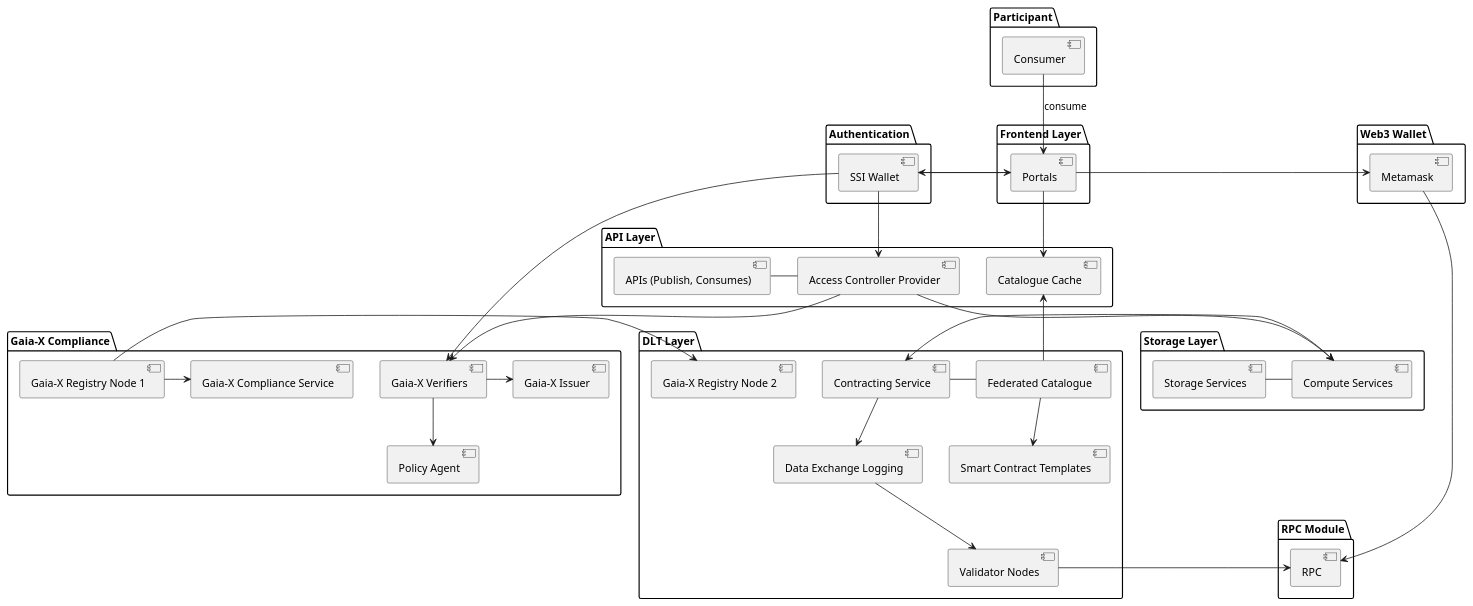
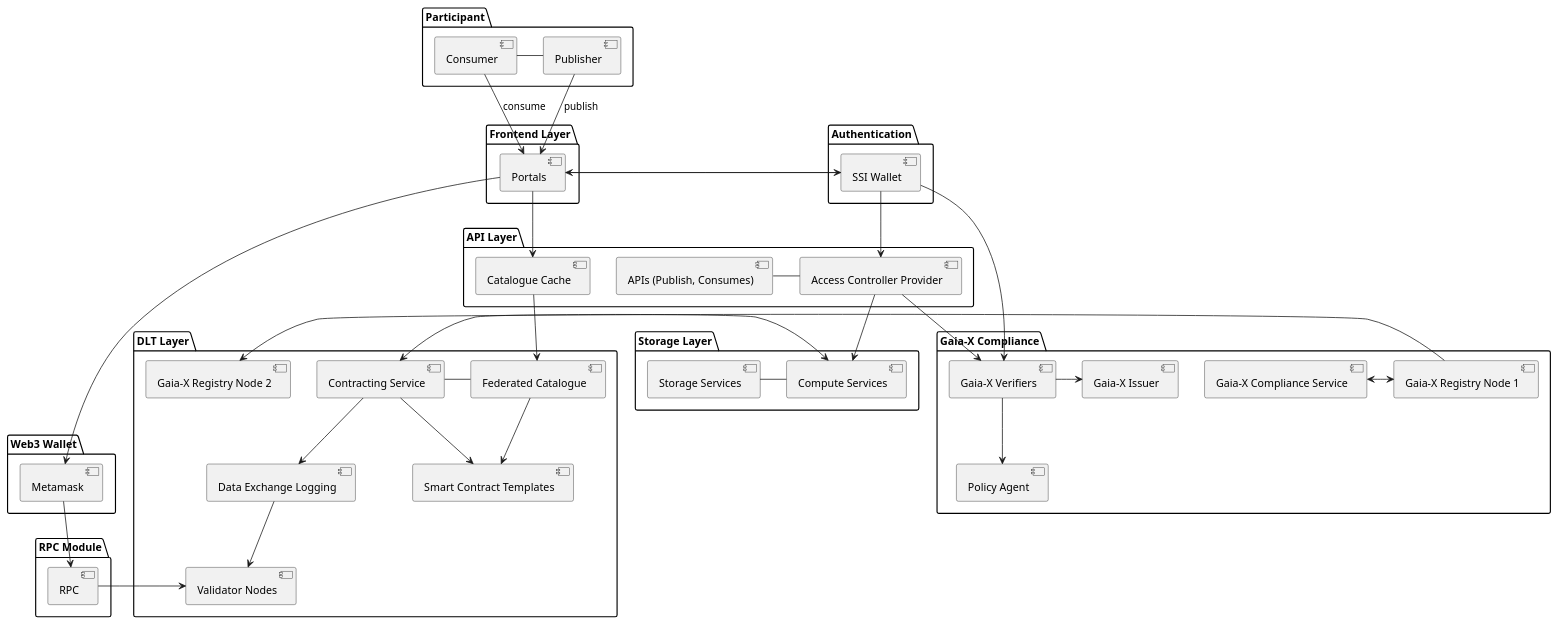
The diagram in Architecture Designspace/moveid_portal.puml (deltaDAO/files), drawn with PlantUML before and after one commit.

```diff
--- a/Architecture Designspace/moveid_portal.puml
+++ b/Architecture Designspace/moveid_portal.puml
@@ -1,54 +1,57 @@
 @startuml
 top to bottom direction
 package "Participant" {
-  [Consumer]
+  [Consumer] - [Publisher]
 }
 package "Frontend Layer" {
   [Portals]
 }
 package "Web3 Wallet" {
   [Metamask]
 }
 package "RPC Module" {
   [RPC]
 }
 package "Authentication" {
   [SSI Wallet]
 }
 package "API Layer" {
   [APIs (Publish, Consumes)] - [Access Controller Provider]
   [Catalogue Cache]
 }
 package "Storage Layer" {
   [Storage Services] - [Compute Services]
-[Access Controller Provider]-d->[Compute Services]
+
 }
 package "DLT Layer" {
   [Contracting Service] - [Federated Catalogue]
-  [Contracting Service]-down->[Data Exchange Logging]
-  [Data Exchange Logging] -down-> [Validator Nodes]
-  [Federated Catalogue] -down-> [Smart Contract Templates]
+  [Contracting Service]-->[Data Exchange Logging]
+  [Data Exchange Logging] --> [Validator Nodes]
+  [Federated Catalogue] --> [Smart Contract Templates]
+  [Contracting Service] --> [Smart Contract Templates]
   [Gaia-X Registry Node 2]
 }
 package "Gaia-X Compliance" {
-  [Gaia-X Verifiers] -down-> [Policy Agent]
-  [Gaia-X Verifiers]-right->[Gaia-X Issuer]
-  [Gaia-X Registry Node 1] -right-> [Gaia-X Compliance Service]
+  [Gaia-X Compliance Service] <-> [Gaia-X Registry Node 1]  
+  [Gaia-X Verifiers] --> [Policy Agent]
+  [Gaia-X Verifiers]->[Gaia-X Issuer]
 }
 
 Consumer --> Portals : consume
+Publisher --> Portals: publish
 Portals -> Metamask
 Metamask --> RPC
-[Validator Nodes] -> RPC
+[Validator Nodes] <- RPC
 Portals -> [SSI Wallet]
 [SSI Wallet] -> [Access Controller Provider]
 [SSI Wallet] -> Portals
 Portals --> [Catalogue Cache]
-[Federated Catalogue] --> [Catalogue Cache]
+[Federated Catalogue] <-- [Catalogue Cache]
+[Access Controller Provider]-->[Compute Services]
 [Access Controller Provider] --> [Gaia-X Verifiers]
 [SSI Wallet] --> [Gaia-X Verifiers]
 [Gaia-X Registry Node 1] -> [Gaia-X Registry Node 2]
 [Compute Services] <--> [Contracting Service]
 
 
 @enduml
```
